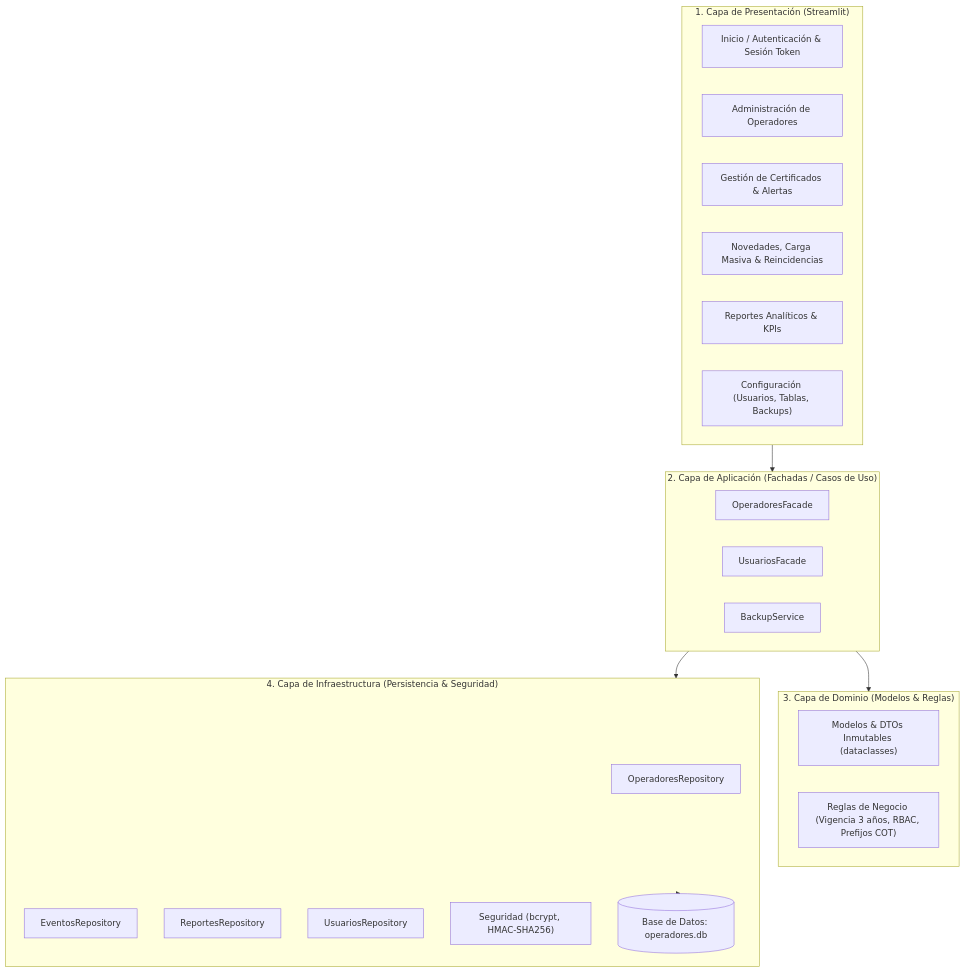
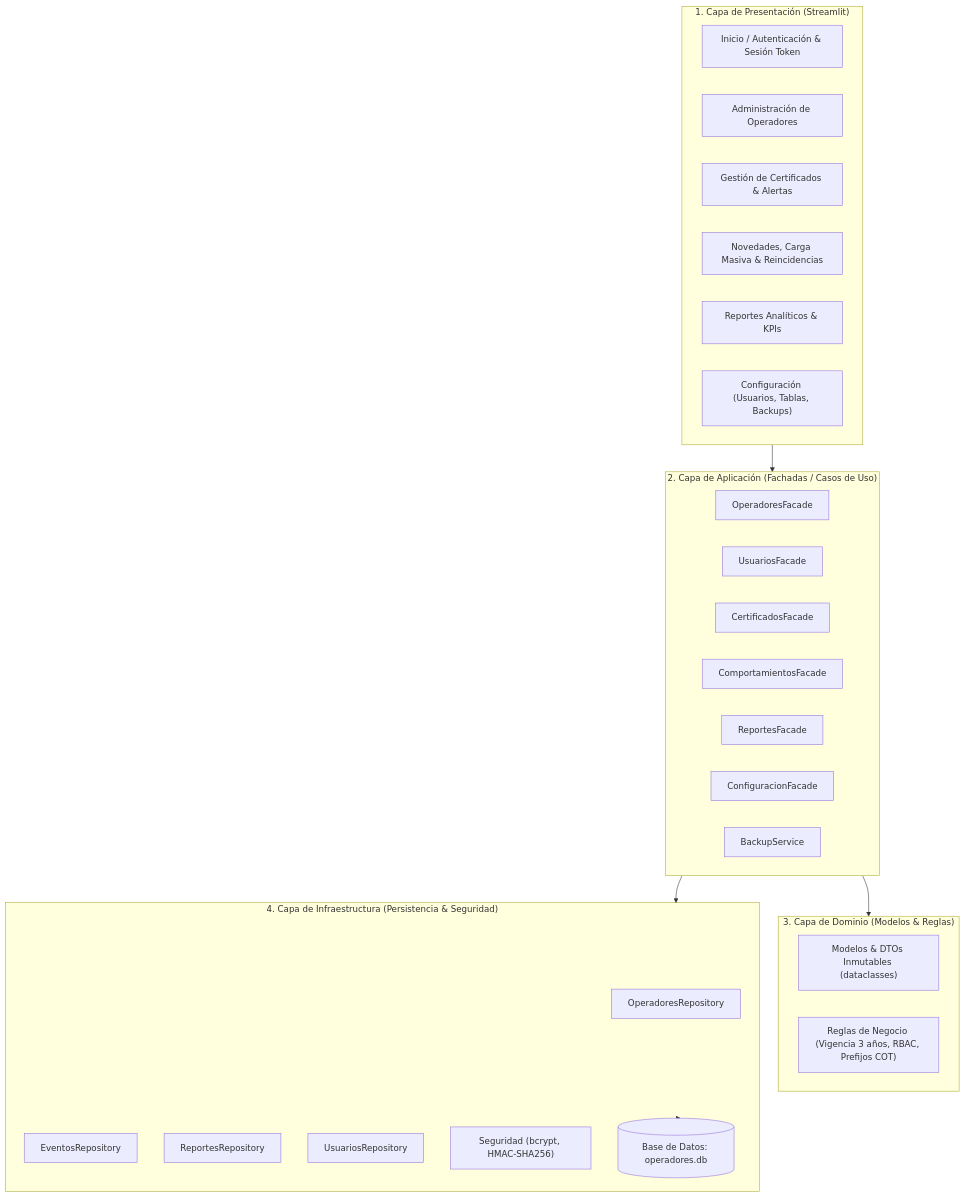
The first of 2 diagrams in README.md (certificadooperadores/Certificado_operadores), drawn with Mermaid before and after one commit. The commit also changed other lines of this file and 30 other files, not shown here.

````diff
--- a/README.md
+++ b/README.md
@@ -71,36 +71,40 @@
 ```mermaid
 graph TD
     subgraph Presentacion ["1. Capa de Presentación (Streamlit)"]
         UI_Login["Inicio / Autenticación & Sesión Token"]
         UI_Operadores["Administración de Operadores"]
         UI_Certificados["Gestión de Certificados & Alertas"]
         UI_Comportamientos["Novedades, Carga Masiva & Reincidencias"]
         UI_Reportes["Reportes Analíticos & KPIs"]
         UI_Config["Configuración (Usuarios, Tablas, Backups)"]
     end
 
     subgraph Fachadas ["2. Capa de Aplicación (Fachadas / Casos de Uso)"]
         Facade_Op["OperadoresFacade"]
         Facade_User["UsuariosFacade"]
+        Facade_Cert["CertificadosFacade"]
+        Facade_Comp["ComportamientosFacade"]
+        Facade_Rep["ReportesFacade"]
+        Facade_Conf["ConfiguracionFacade"]
         Service_Backup["BackupService"]
     end
 
     subgraph Dominio ["3. Capa de Dominio (Modelos & Reglas)"]
         DTOs["Modelos & DTOs Inmutables (dataclasses)"]
         Reglas["Reglas de Negocio (Vigencia 3 años, RBAC, Prefijos COT)"]
     end
 
     subgraph Infraestructura ["4. Capa de Infraestructura (Persistencia & Seguridad)"]
         Repo_Op["OperadoresRepository"]
         Repo_Ev["EventosRepository"]
         Repo_Rep["ReportesRepository"]
         Repo_User["UsuariosRepository"]
         Seguridad["Seguridad (bcrypt, HMAC-SHA256)"]
         DB[(Base de Datos: operadores.db)]
     end
 
     Presentacion --> Fachadas
     Fachadas --> Dominio
     Fachadas --> Infraestructura
     Infraestructura --> DB
 ```
````
